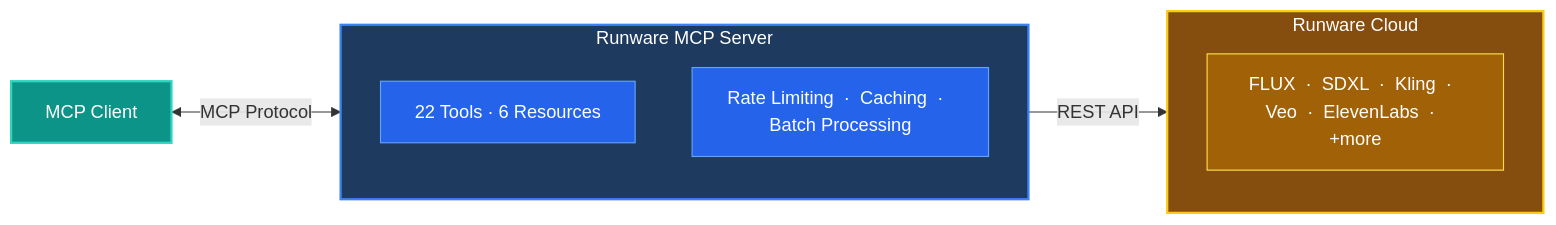
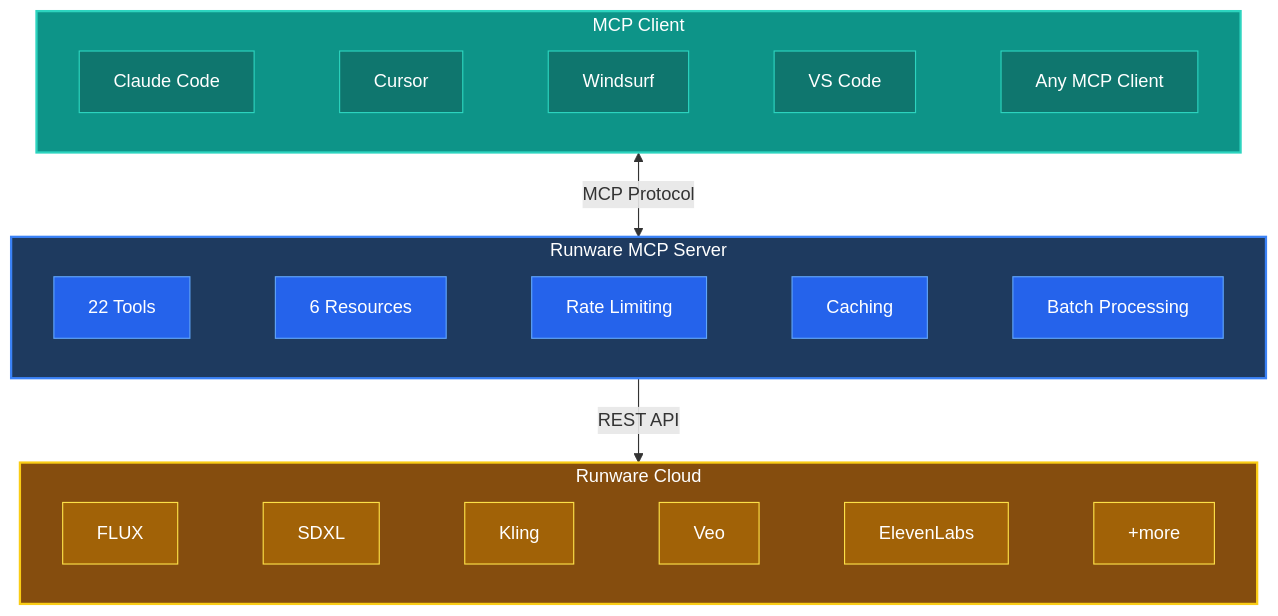
Before and after one commit to ul0gic/runware-mcp: the first of 3 diagrams in README.md, drawn with Mermaid.

Commit message:
style: redesign hero diagram as 3-row vertical layout
Horizontal rows for each layer: teal MCP clients, blue server
components, gold Runware cloud providers.

````diff
--- a/README.md
+++ b/README.md
@@ -23,24 +23,41 @@
 ```mermaid
-flowchart LR
-    Client["MCP Client"] <-->|"MCP Protocol"| Server
+flowchart TB
+    subgraph Client["MCP Client"]
+        direction LR
+        C1["Claude Code"] ~~~ C2["Cursor"] ~~~ C3["Windsurf"] ~~~ C4["VS Code"] ~~~ C5["Any MCP Client"]
+    end
+
+    Client <-->|"MCP Protocol"| Server
 
     subgraph Server["Runware MCP Server"]
-        direction TB
-        Tools["22 Tools  &middot;  6 Resources"]
-        Engine["Rate Limiting  &middot;  Caching  &middot;  Batch Processing"]
+        direction LR
+        Tools["22 Tools"] ~~~ Resources["6 Resources"] ~~~ RL["Rate Limiting"] ~~~ Cache["Caching"] ~~~ Batch["Batch Processing"]
     end
 
     Server -->|"REST API"| Cloud
 
     subgraph Cloud["Runware Cloud"]
-        direction TB
-        Models["FLUX  &middot;  SDXL  &middot;  Kling  &middot;  Veo  &middot;  ElevenLabs  &middot;  +more"]
+        direction LR
+        FLUX["FLUX"] ~~~ SDXL["SDXL"] ~~~ Kling["Kling"] ~~~ Veo["Veo"] ~~~ EL["ElevenLabs"] ~~~ More["+more"]
     end
 
     style Client fill:#0d9488,stroke:#2dd4bf,stroke-width:2px,color:#fff
+    style C1 fill:#0f766e,stroke:#2dd4bf,color:#fff
+    style C2 fill:#0f766e,stroke:#2dd4bf,color:#fff
+    style C3 fill:#0f766e,stroke:#2dd4bf,color:#fff
+    style C4 fill:#0f766e,stroke:#2dd4bf,color:#fff
+    style C5 fill:#0f766e,stroke:#2dd4bf,color:#fff
     style Server fill:#1e3a5f,stroke:#3b82f6,stroke-width:2px,color:#fff
     style Tools fill:#2563eb,stroke:#60a5fa,color:#fff
-    style Engine fill:#2563eb,stroke:#60a5fa,color:#fff
+    style Resources fill:#2563eb,stroke:#60a5fa,color:#fff
+    style RL fill:#2563eb,stroke:#60a5fa,color:#fff
+    style Cache fill:#2563eb,stroke:#60a5fa,color:#fff
+    style Batch fill:#2563eb,stroke:#60a5fa,color:#fff
     style Cloud fill:#854d0e,stroke:#facc15,stroke-width:2px,color:#fff
-    style Models fill:#a16207,stroke:#fde047,color:#fff
+    style FLUX fill:#a16207,stroke:#fde047,color:#fff
+    style SDXL fill:#a16207,stroke:#fde047,color:#fff
+    style Kling fill:#a16207,stroke:#fde047,color:#fff
+    style Veo fill:#a16207,stroke:#fde047,color:#fff
+    style EL fill:#a16207,stroke:#fde047,color:#fff
+    style More fill:#a16207,stroke:#fde047,color:#fff
 ```
````
